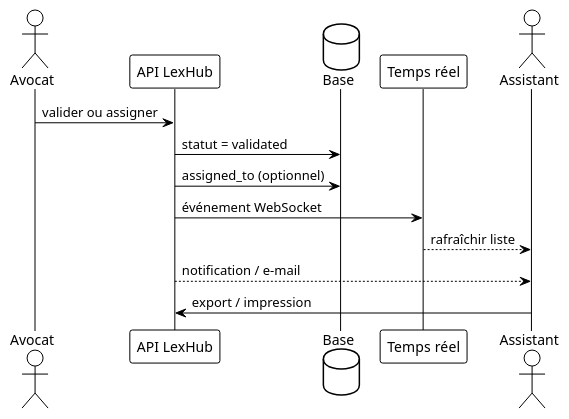
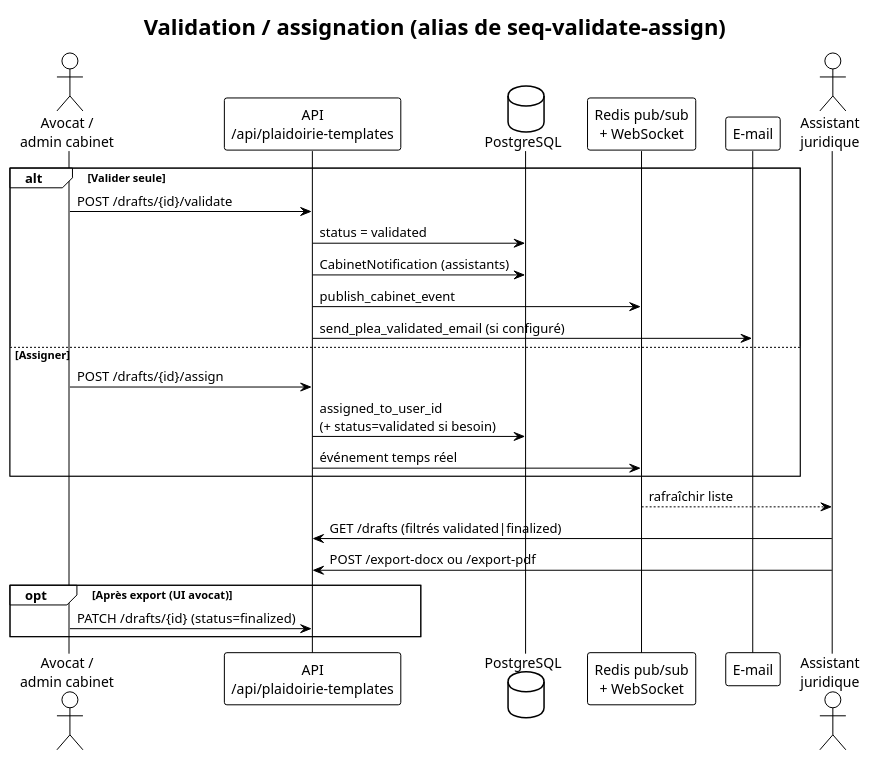
Before and after one commit to anadouae/Plateforme-d-Assistance-en-IA-pour-Avocats: the diagram in docs/rapport-pfa-overleaf/rapport-pfa/diagrams/seq-assign.puml, drawn with PlantUML. The commit also changed 240 other files, not shown here.

Commit message:
Ship LexHub polish: invoices PDF, mobile docks, dictation, and PFA docs.

```diff
--- a/docs/rapport-pfa-overleaf/rapport-pfa/diagrams/seq-assign.puml
+++ b/docs/rapport-pfa-overleaf/rapport-pfa/diagrams/seq-assign.puml
@@ -1,16 +1,31 @@
 @startuml seq-assign
 !theme plain
-actor Avocat
-participant "API LexHub" as API
-database Base
-participant "Temps réel" as RT
-actor Assistant
+skinparam shadowing false
+title Validation / assignation (alias de seq-validate-assign)
 
-Avocat -> API : valider ou assigner
-API -> Base : statut = validated
-API -> Base : assigned_to (optionnel)
-API -> RT : événement WebSocket
-RT --> Assistant : rafraîchir liste
-API --> Assistant : notification / e-mail
-Assistant -> API : export / impression
+actor "Avocat /\nadmin cabinet" as Av
+participant "API\n/api/plaidoirie-templates" as API
+database PostgreSQL
+participant "Redis pub/sub\n+ WebSocket" as RT
+participant "E-mail" as Mail
+actor "Assistant\njuridique" as As
+
+alt Valider seule
+  Av -> API : POST /drafts/{id}/validate
+  API -> PostgreSQL : status = validated
+  API -> PostgreSQL : CabinetNotification (assistants)
+  API -> RT : publish_cabinet_event
+  API -> Mail : send_plea_validated_email (si configuré)
+else Assigner
+  Av -> API : POST /drafts/{id}/assign
+  API -> PostgreSQL : assigned_to_user_id\n(+ status=validated si besoin)
+  API -> RT : événement temps réel
+end
+
+RT --> As : rafraîchir liste
+As -> API : GET /drafts (filtrés validated|finalized)
+As -> API : POST /export-docx ou /export-pdf
+opt Après export (UI avocat)
+  Av -> API : PATCH /drafts/{id} (status=finalized)
+end
 @enduml
```
